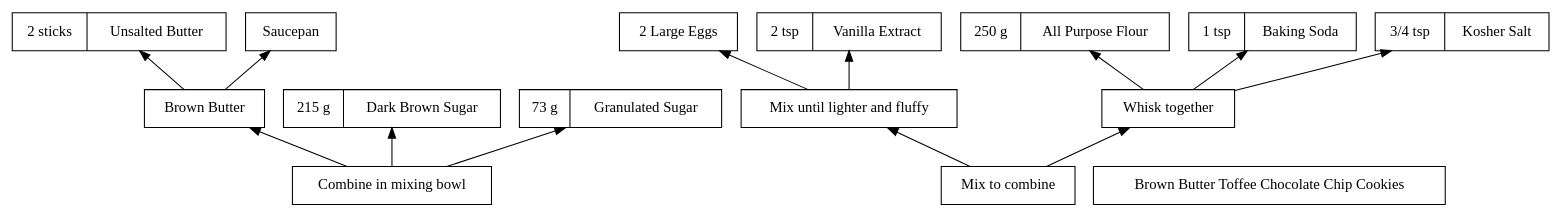
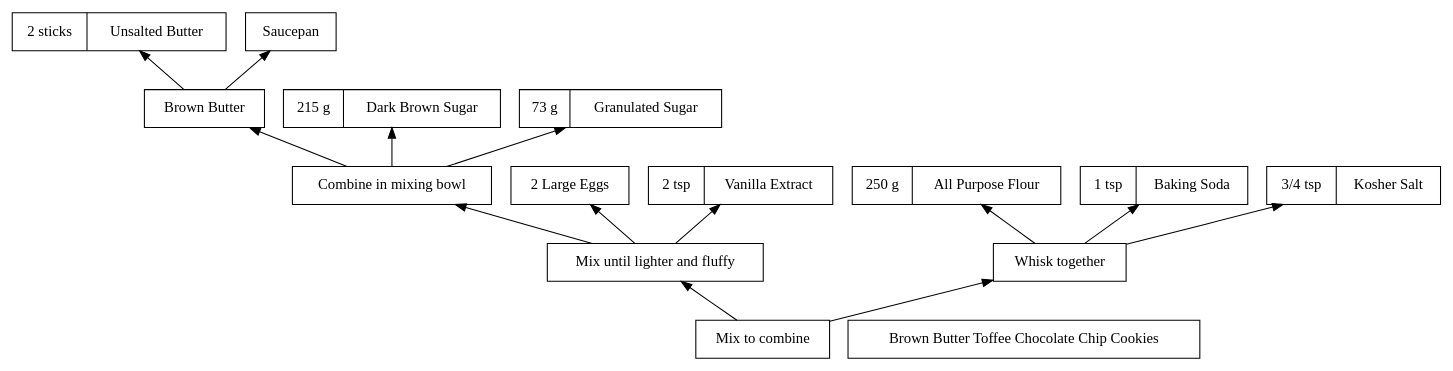
Before and after one commit to isaacsanders/recipes-as-dependency-graphs: the diagram in bon-appetit/brown-butter-toffee-chocolate-chip-cookies/recipe.dot, drawn with Graphviz.

```diff
--- a/bon-appetit/brown-butter-toffee-chocolate-chip-cookies/recipe.dot
+++ b/bon-appetit/brown-butter-toffee-chocolate-chip-cookies/recipe.dot
@@ -1,31 +1,32 @@
 digraph recipe {
   rankdir=BT;
   node [shape=record];
   butter [label="2 sticks|Unsalted Butter"];
   saucepan [type=diamond, label="Saucepan"];
   brown_butter [label="Brown Butter"];
   brown_butter -> butter;
   brown_butter -> saucepan;
   dark_brown_sugar [label="215 g|Dark Brown Sugar"];
   granulated_sugar [label="73 g|Granulated Sugar"];
   sugar_and_butter [label="Combine in mixing bowl"];
   sugar_and_butter -> dark_brown_sugar;
   sugar_and_butter -> granulated_sugar;
   sugar_and_butter -> brown_butter;
   eggs [label="2 Large Eggs"];
   vanilla [label="2 tsp|Vanilla Extract"];
   wet_ingredients [label="Mix until lighter and fluffy"];
   wet_ingredients -> eggs;
   wet_ingredients -> vanilla;
+  wet_ingredients -> sugar_and_butter;
   ap_flour [label="250 g|All Purpose Flour"];
   baking_soda [label="1 tsp|Baking Soda"];
   kosher_salt [label="3/4 tsp|Kosher Salt"];
   dry_ingredients [label="Whisk together"];
   dry_ingredients -> ap_flour;
   dry_ingredients -> baking_soda;
   dry_ingredients -> kosher_salt;
   dough [label="Mix to combine"];
   dough -> dry_ingredients;
   dough -> wet_ingredients;
   cookies [label="Brown Butter Toffee Chocolate Chip Cookies"];
 }
```
